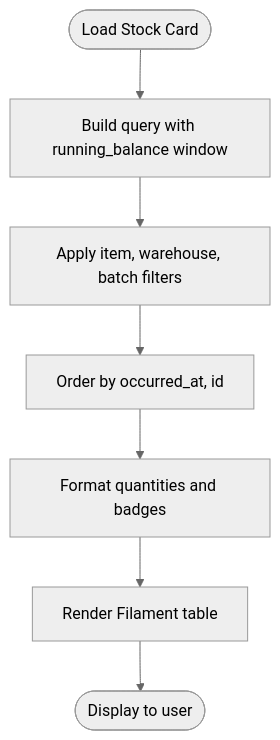
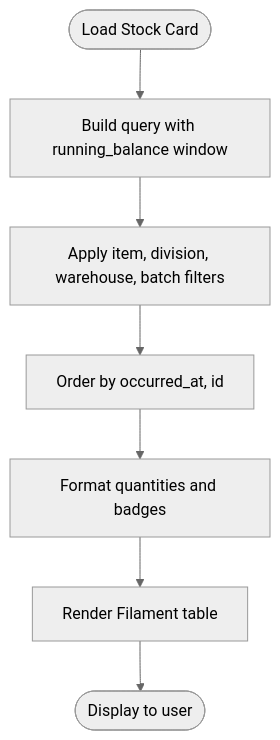
Before and after one commit to Dikksap/laravel_RsvHelmet: the third of 5 diagrams in .qoder/repowiki/en/content/Frontend Components/Blade Templates/Filament Page Views/Stock Card View.md, drawn with Mermaid (neutral theme). The commit also changed other lines of this file and 25 other files, not shown here.

````diff
--- a/.qoder/repowiki/en/content/Frontend Components/Blade Templates/Filament Page Views/Stock Card View.md
+++ b/.qoder/repowiki/en/content/Frontend Components/Blade Templates/Filament Page Views/Stock Card View.md
@@ -137,9 +150,9 @@
 ```mermaid
 flowchart TD
 Start(["Load Stock Card"]) --> BuildQuery["Build query with running_balance window"]
-BuildQuery --> ApplyFilters["Apply item, warehouse, batch filters"]
+BuildQuery --> ApplyFilters["Apply item, division, warehouse, batch filters"]
 ApplyFilters --> OrderRows["Order by occurred_at, id"]
 OrderRows --> FormatColumns["Format quantities and badges"]
 FormatColumns --> RenderTable["Render Filament table"]
 RenderTable --> End(["Display to user"])
 ```
````
